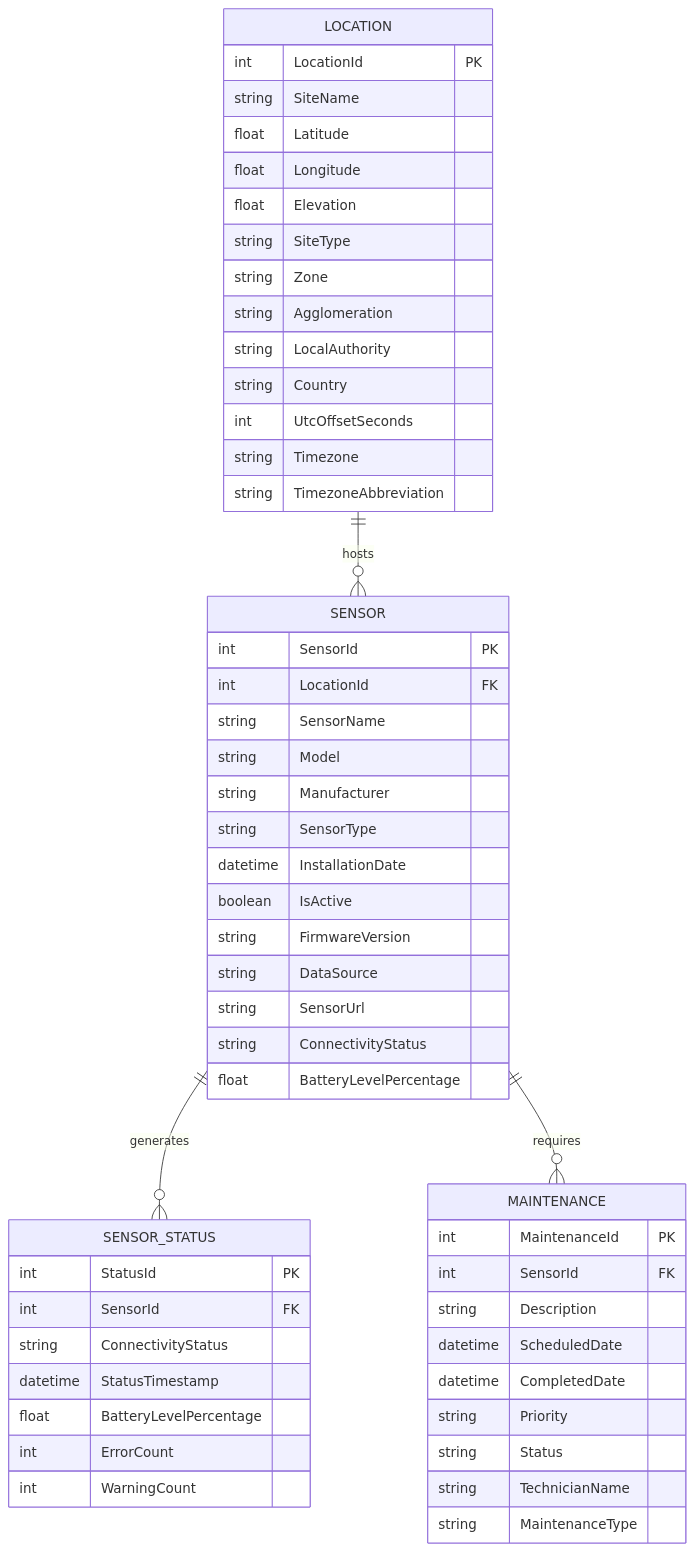
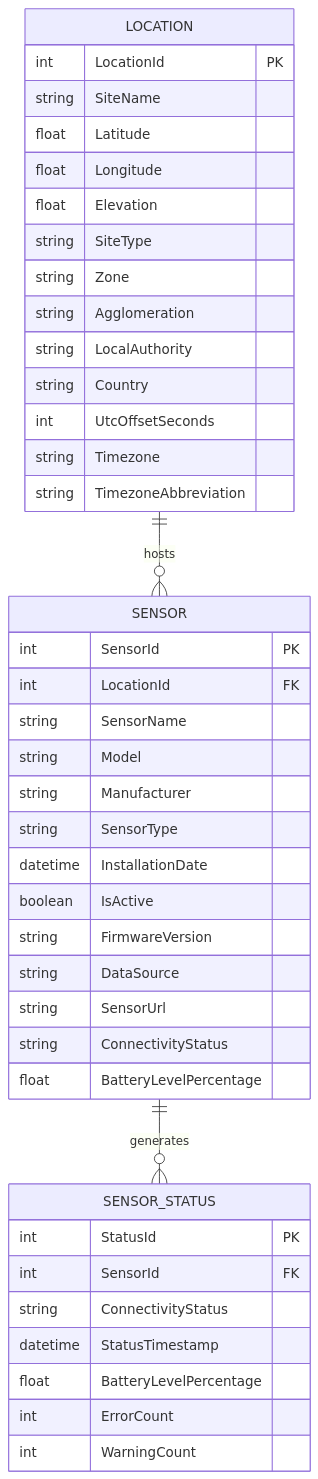
The diagram in docs/sensorERD.md (40626785/Environment-Manager), drawn with Mermaid before and after one commit. The commit also changed 1 other file, not shown here.

Commit message:
Remove maintenance-related components from sensor monitoring diagrams

````diff
--- a/docs/sensorERD.md
+++ b/docs/sensorERD.md
@@ -1,60 +1,47 @@
 ```mermaid
 erDiagram
     LOCATION ||--o{ SENSOR : hosts
     SENSOR ||--o{ SENSOR_STATUS : generates
-    SENSOR ||--o{ MAINTENANCE : requires
     
     LOCATION {
         int LocationId PK
         string SiteName
         float Latitude
         float Longitude
         float Elevation
         string SiteType
         string Zone
         string Agglomeration
         string LocalAuthority
         string Country
         int UtcOffsetSeconds
         string Timezone
         string TimezoneAbbreviation
     }
     
     SENSOR {
         int SensorId PK
         int LocationId FK
         string SensorName
         string Model
         string Manufacturer
         string SensorType
         datetime InstallationDate
         boolean IsActive
         string FirmwareVersion
         string DataSource
         string SensorUrl
         string ConnectivityStatus
         float BatteryLevelPercentage
     }
 
     SENSOR_STATUS {
         int StatusId PK
         int SensorId FK
         string ConnectivityStatus
         datetime StatusTimestamp
         float BatteryLevelPercentage
         int ErrorCount
         int WarningCount
     }
-
-    MAINTENANCE {
-        int MaintenanceId PK
-        int SensorId FK
-        string Description
-        datetime ScheduledDate
-        datetime CompletedDate
-        string Priority
-        string Status
-        string TechnicianName
-        string MaintenanceType
-    }
 ```
````
